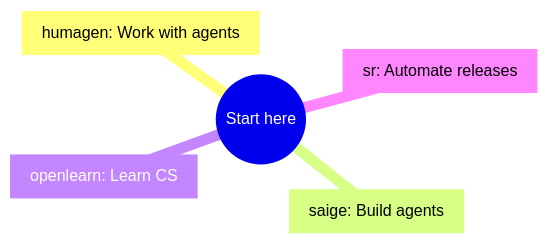
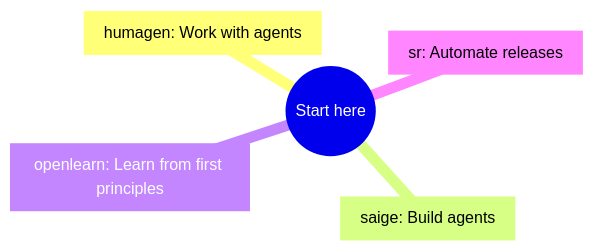
One commit to urmzd/urmzd changed the diagram in README.md. Above: the diagram before and after it, drawn with Mermaid. The commit also changed other lines of this file and 5 other files, not shown here.

````diff
--- a/README.md
+++ b/README.md
@@ -9,8 +9,8 @@
 ```mermaid
 mindmap
   root((Start here))
     project_0["humagen: Work with agents"]
     project_1["saige: Build agents"]
-    project_2["openlearn: Learn CS"]
+    project_2["openlearn: Learn from first principles"]
     project_3["sr: Automate releases"]
 ```
````
